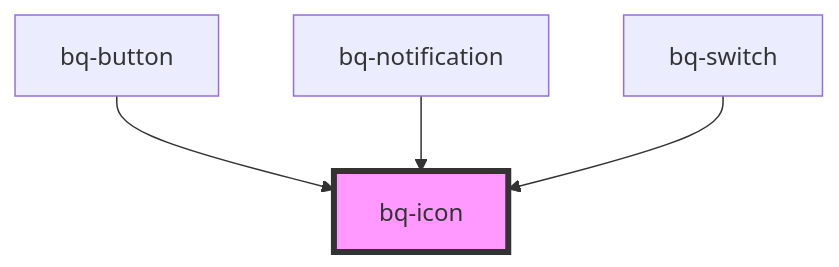
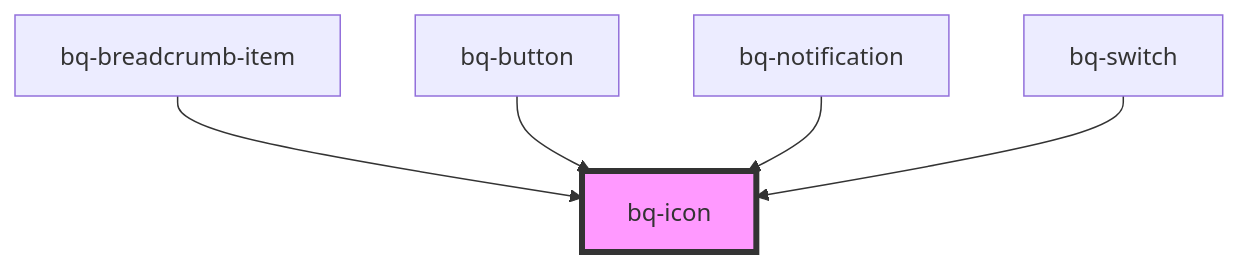
Before and after one commit to Endava/BEEQ: the diagram in packages/bee-q/src/components/icon/readme.md, drawn with Mermaid. The commit also changed other lines of this file and 7 other files, not shown here.

````diff
--- a/packages/bee-q/src/components/icon/readme.md
+++ b/packages/bee-q/src/components/icon/readme.md
@@ -44,7 +45,8 @@
 ```mermaid
 graph TD;
+  bq-breadcrumb-item --> bq-icon
   bq-button --> bq-icon
   bq-notification --> bq-icon
   bq-switch --> bq-icon
   style bq-icon fill:#f9f,stroke:#333,stroke-width:4px
 ```
````
